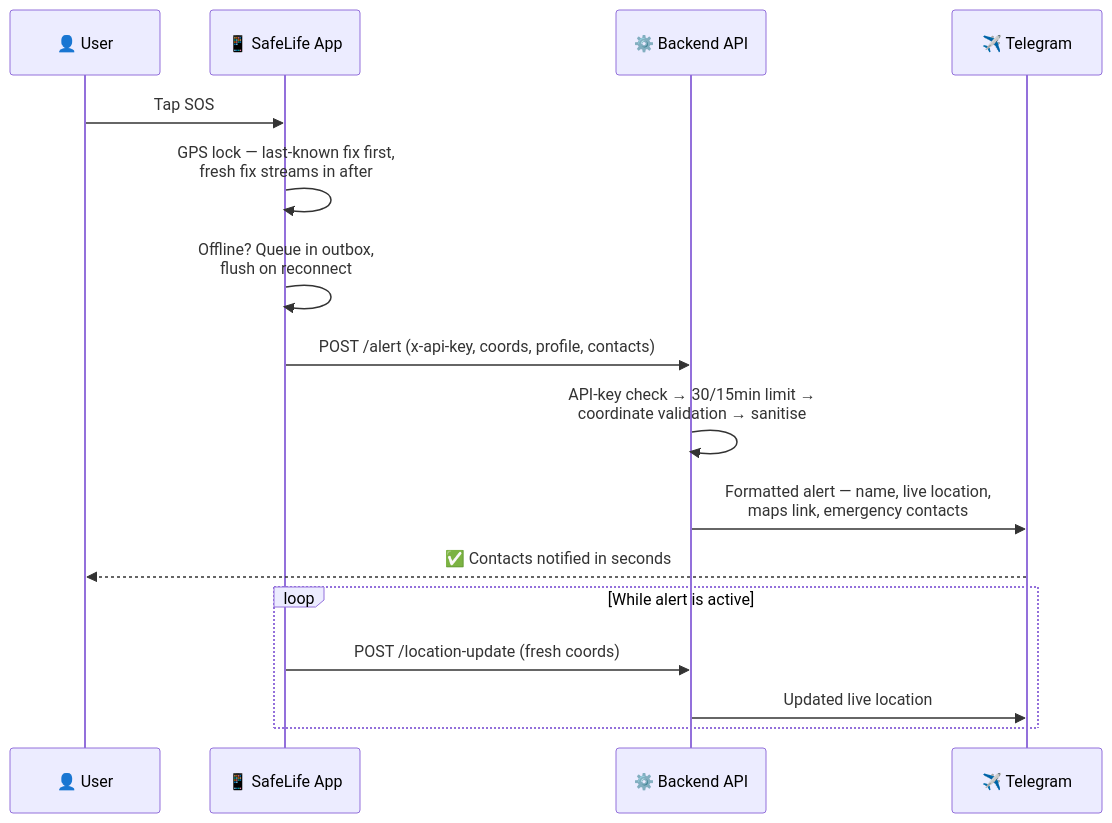
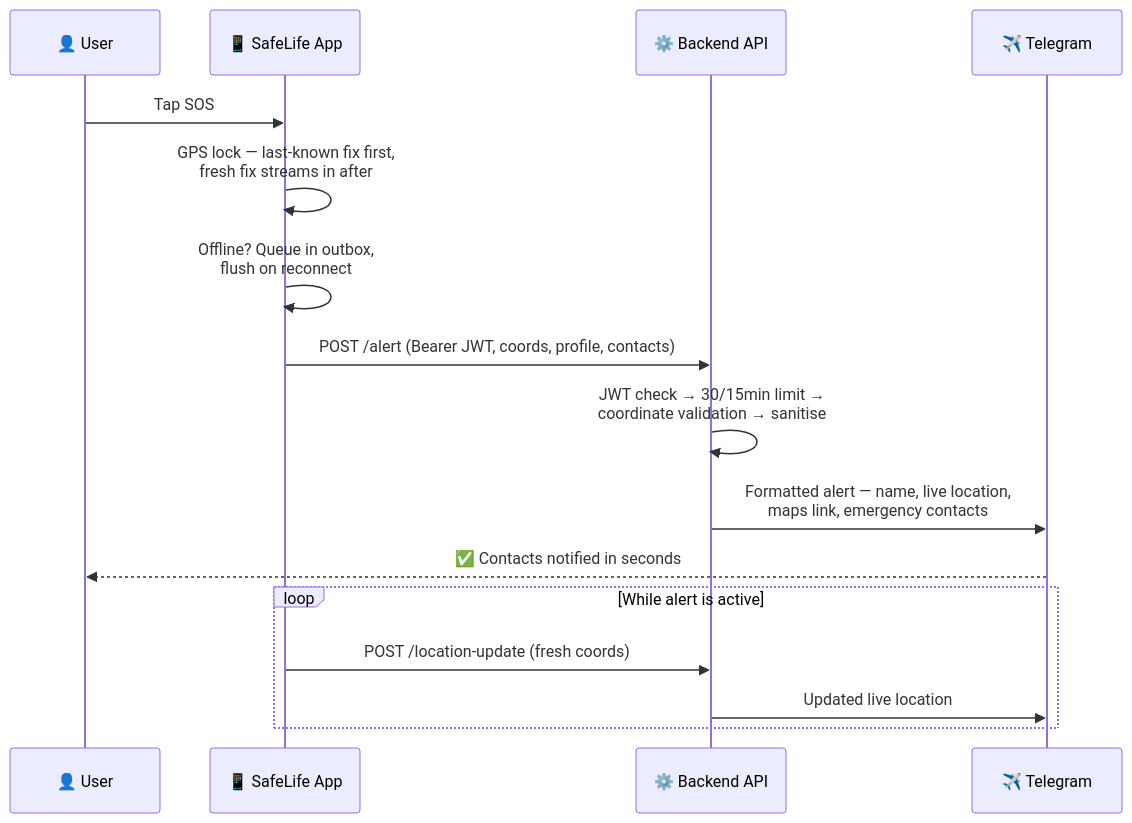
One commit to r1shabhsharma05/Saftey-App changed the second of 2 diagrams in README.md. Above: the diagram before and after it, drawn with Mermaid. The commit also changed other lines of this file, not shown here.

````diff
--- a/README.md
+++ b/README.md
@@ -205,18 +205,18 @@
 ```mermaid
 sequenceDiagram
     participant U as 👤 User
     participant App as 📱 SafeLife App
     participant API as ⚙️ Backend API
     participant TG as ✈️ Telegram
     U->>App: Tap SOS
     App->>App: GPS lock — last-known fix first,<br/>fresh fix streams in after
     App->>App: Offline? Queue in outbox,<br/>flush on reconnect
-    App->>API: POST /alert (x-api-key, coords, profile, contacts)
-    API->>API: API-key check → 30/15min limit →<br/>coordinate validation → sanitise
+    App->>API: POST /alert (Bearer JWT, coords, profile, contacts)
+    API->>API: JWT check → 30/15min limit →<br/>coordinate validation → sanitise
     API->>TG: Formatted alert — name, live location,<br/>maps link, emergency contacts
     TG-->>U: ✅ Contacts notified in seconds
     loop While alert is active
         App->>API: POST /location-update (fresh coords)
         API->>TG: Updated live location
     end
 ```
````
